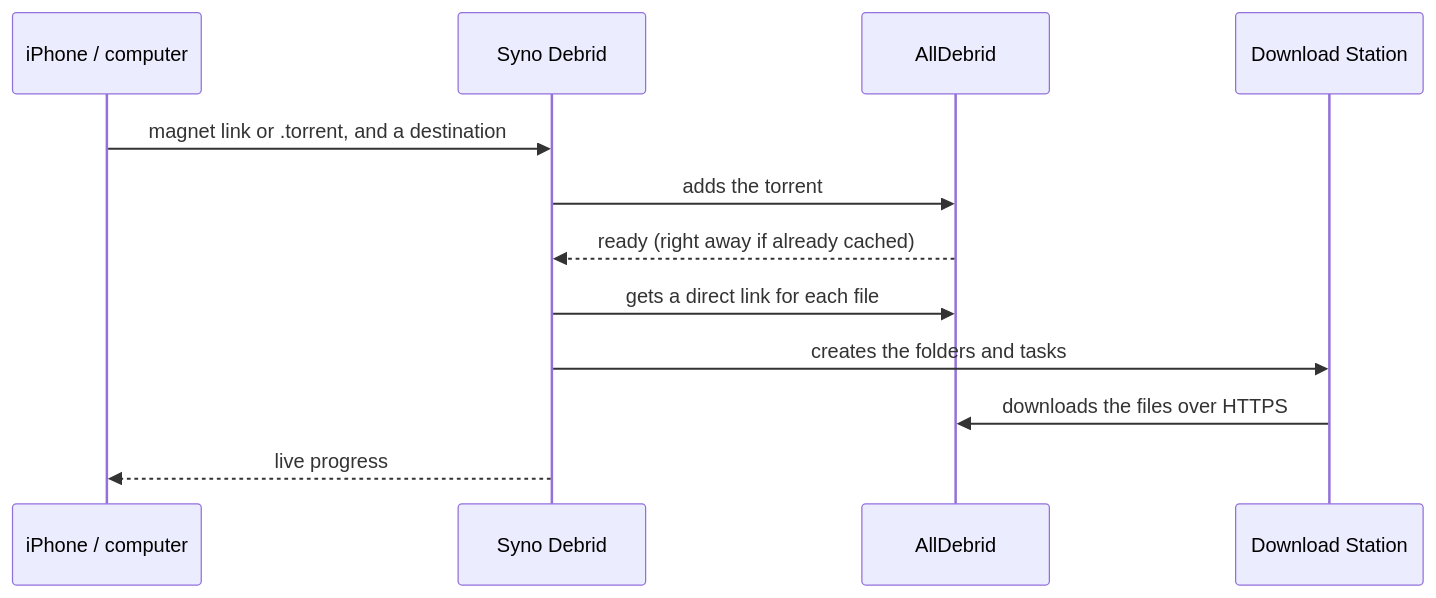
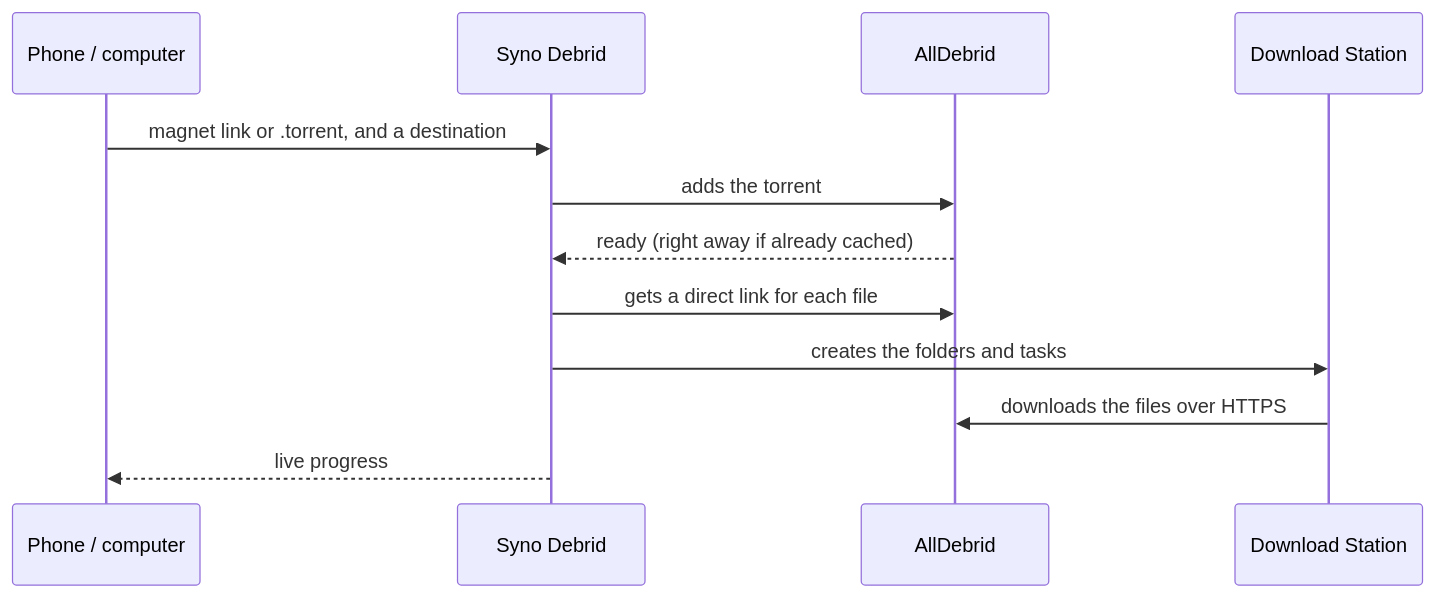
One commit to piitaya/syno-debrid changed the diagram in README.md. Above: the diagram before and after it, drawn with Mermaid. The commit also changed other lines of this file and 1 other file, not shown here.

First line of the commit message:
READMEs: a web app for iPhone and Android

````diff
--- a/README.md
+++ b/README.md
@@ -62,14 +62,14 @@
 ```mermaid
 sequenceDiagram
-    participant You as iPhone / computer
+    participant You as Phone / computer
     participant App as Syno Debrid
     participant Debrid as AllDebrid
     participant DS as Download Station
     You->>App: magnet link or .torrent, and a destination
     App->>Debrid: adds the torrent
     Debrid-->>App: ready (right away if already cached)
     App->>Debrid: gets a direct link for each file
     App->>DS: creates the folders and tasks
     DS->>Debrid: downloads the files over HTTPS
     App-->>You: live progress
 ```
````
